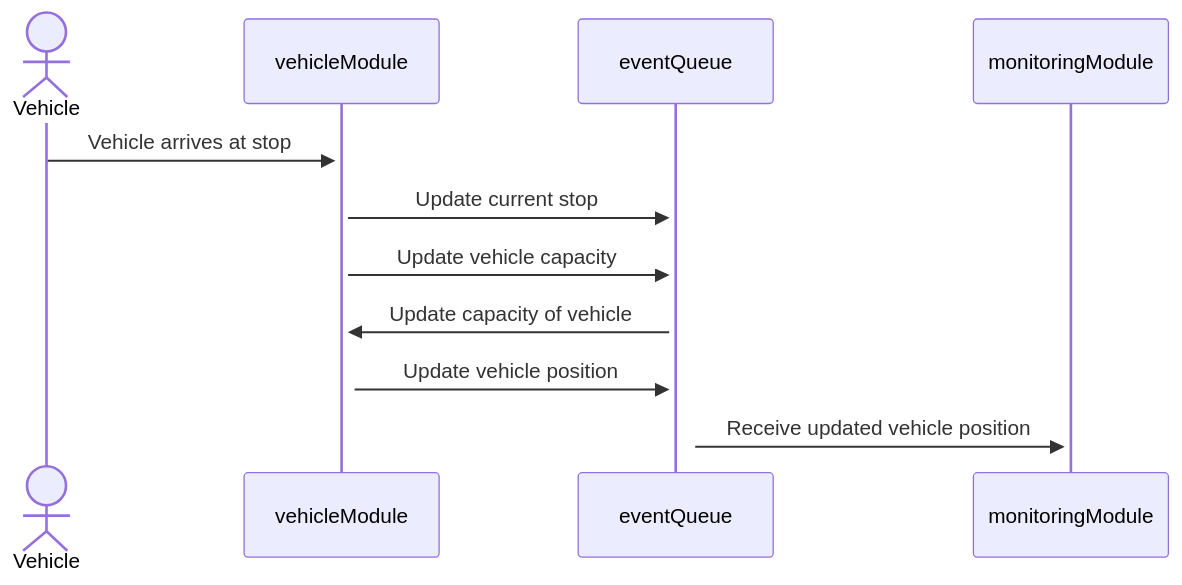
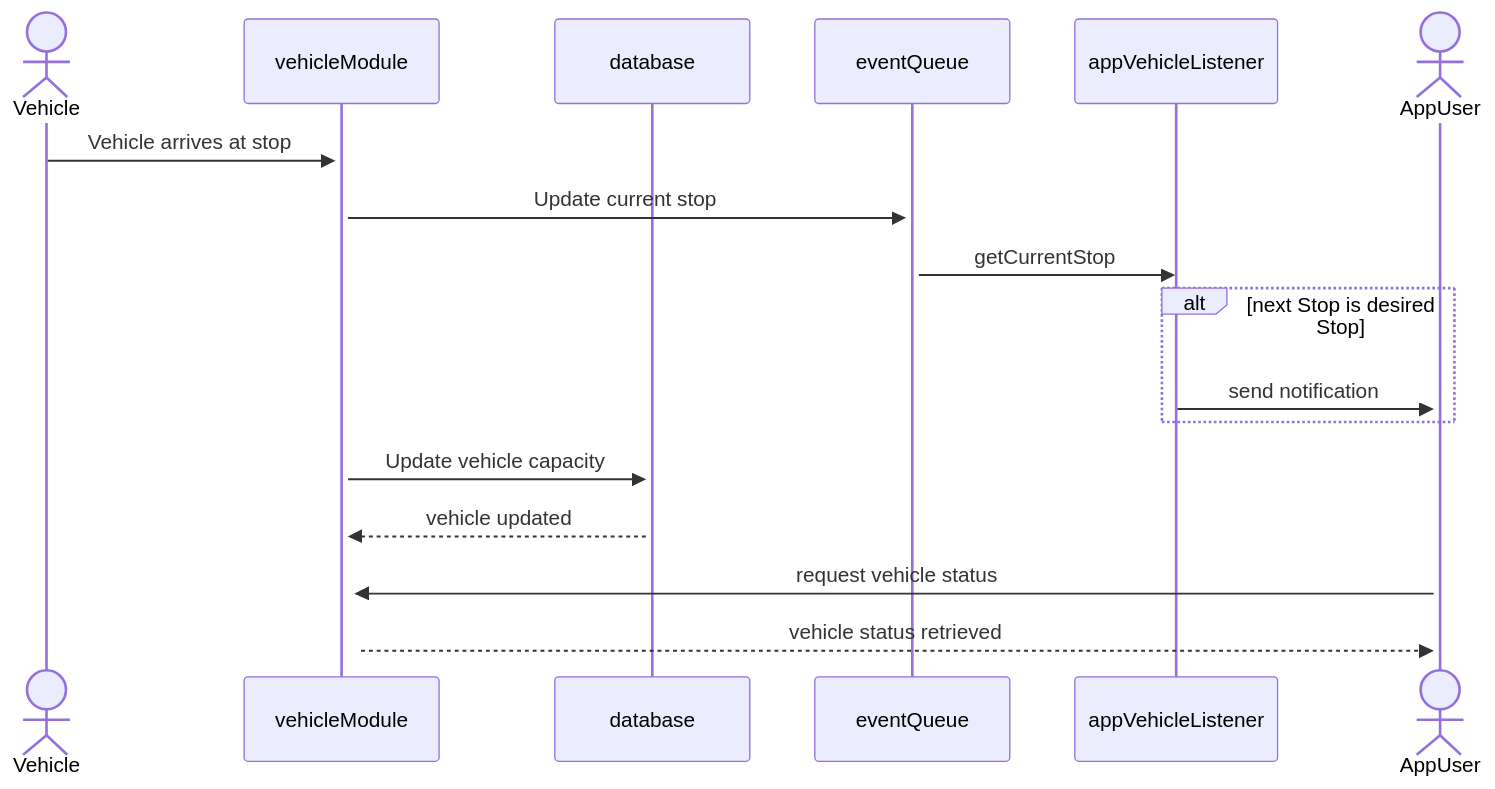
The third of 4 diagrams in docs/Diagram.md (MoveSmartGFT/bus-data-manager-new), drawn with Mermaid before and after one commit. The commit also changed other lines of this file, not shown here.

Commit message:
-Updated diagram with three cases: accident, stop arrival and vehicle position update

````diff
--- a/docs/Diagram.md
+++ b/docs/Diagram.md
@@ -201,21 +214,20 @@
 ```mermaid
 sequenceDiagram
     actor Vehicle
     participant vehicleModule
+    participant database
     participant eventQueue
-    participant monitoringModule
-
+    participant appVehicleListener
+    actor AppUser
 
     Vehicle ->> +vehicleModule: Vehicle arrives at stop
     vehicleModule ->> +eventQueue: Update current stop
-    vehicleModule ->> +eventQueue: Update vehicle capacity
-    eventQueue ->> +vehicleModule: Update capacity of vehicle
-
-    vehicleModule ->> +eventQueue: Update vehicle position
-    eventQueue ->> +monitoringModule: Receive updated vehicle position
-    
-    #-accidentes
-    #-cuando bus llega a una parada
-    #-bus a punto de llegar a parada (alerta a usuario)
-    #-bus actualiza qué tan ocupado está
+    eventQueue ->> appVehicleListener: getCurrentStop
+    alt next Stop is desired Stop
+        appVehicleListener ->> +AppUser: send notification
+    end
+    vehicleModule ->> +database: Update vehicle capacity
+    database -->> +vehicleModule: vehicle updated
+    AppUser ->> +vehicleModule: request vehicle status
+    vehicleModule -->> +AppUser: vehicle status retrieved
 ```
````
